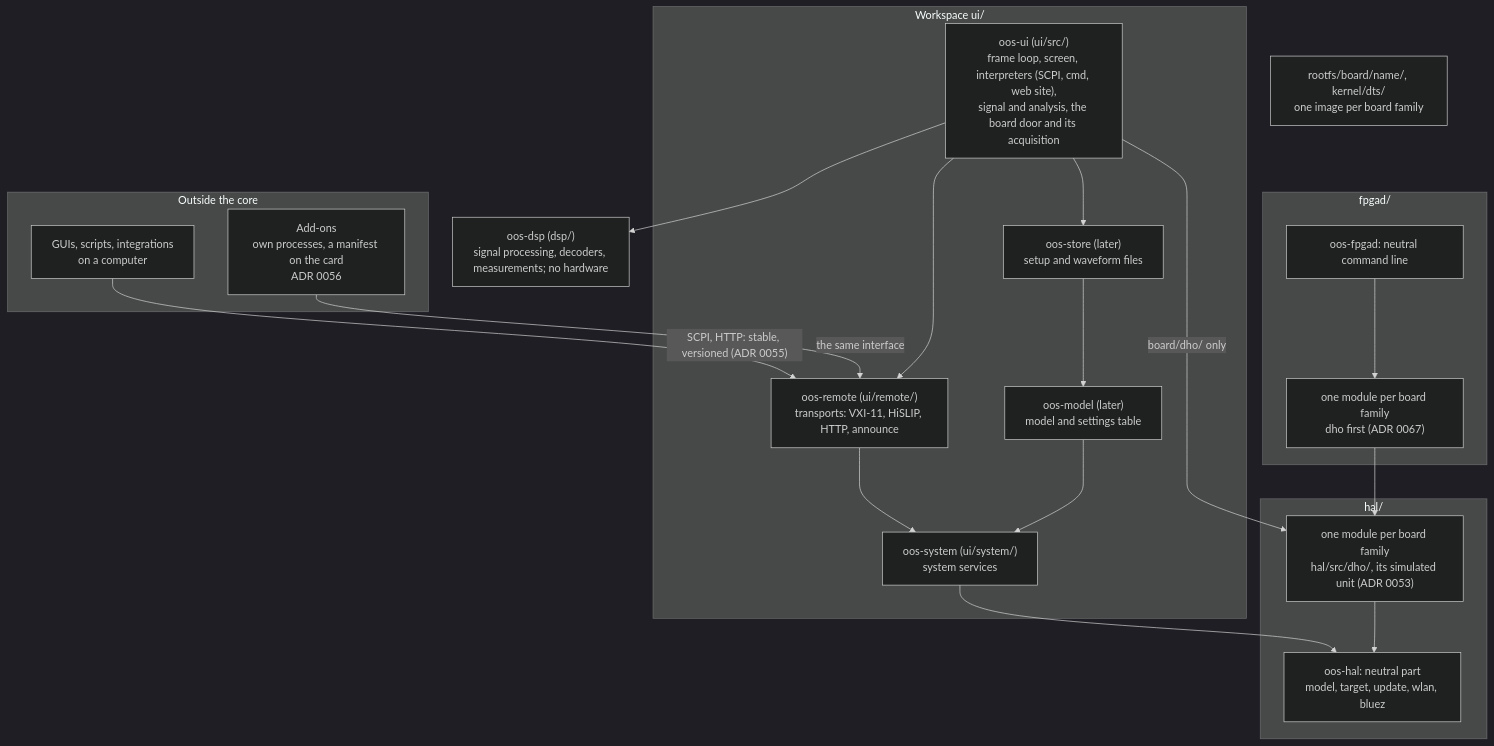
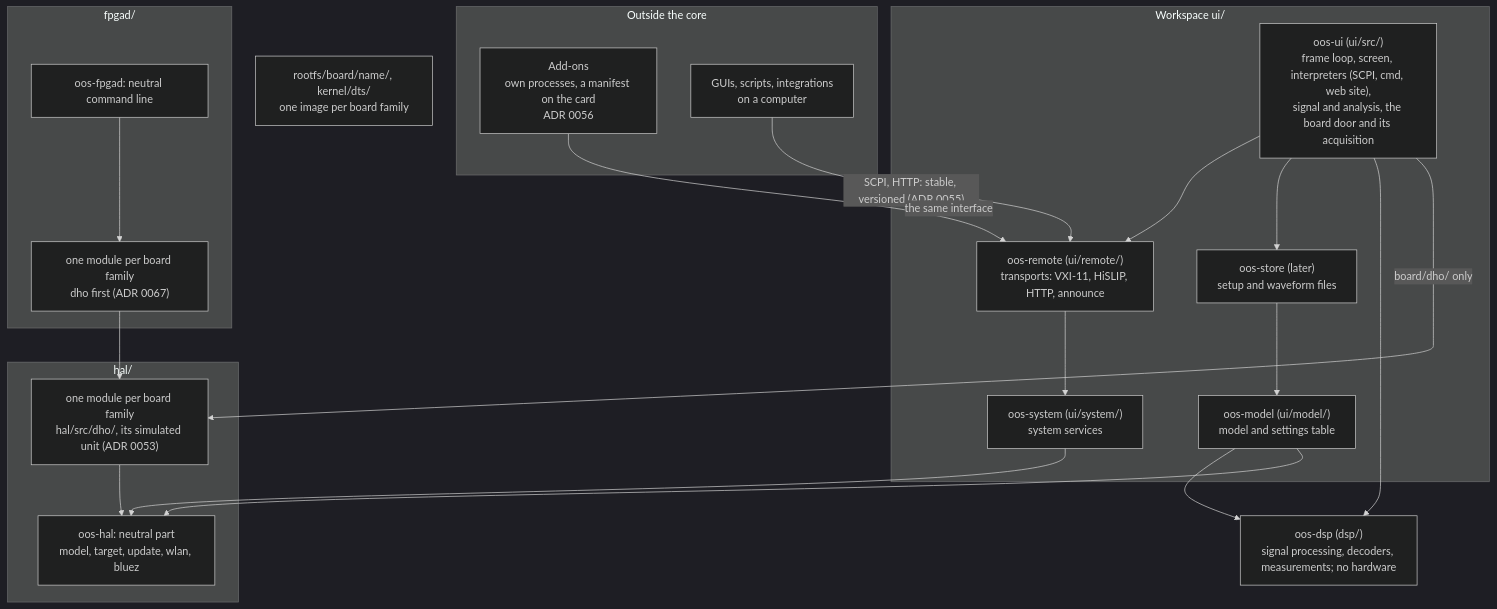
One commit to deckerjulian/oos changed the fifth of 5 diagrams in docs/architecture.md. Above: the diagram before and after it, drawn with Mermaid (dark theme). The commit also changed other lines of this file and 60 other files, not shown here.

First line of the commit message:
Refactor: the model and the settings table are the crate oos-model (ADR 0064, step 4) (#440)

````diff
--- a/docs/architecture.md
+++ b/docs/architecture.md
@@ -274,37 +283,38 @@
 ```mermaid
 flowchart TB
     subgraph outside["Outside the core"]
         addons["Add-ons<br/>own processes, a manifest on the card<br/>ADR 0056"]
         clients["GUIs, scripts, integrations<br/>on a computer"]
     end
     subgraph uiW["Workspace ui/"]
         ui["oos-ui (ui/src/)<br/>frame loop, screen, interpreters (SCPI, cmd, web site),<br/>signal and analysis, the board door and its acquisition"]
         remote["oos-remote (ui/remote/)<br/>transports: VXI-11, HiSLIP, HTTP, announce"]
         store["oos-store (later)<br/>setup and waveform files"]
-        model["oos-model (later)<br/>model and settings table"]
+        model["oos-model (ui/model/)<br/>model and settings table"]
         system["oos-system (ui/system/)<br/>system services"]
     end
     subgraph fpgadW["fpgad/"]
         cli["oos-fpgad: neutral command line"]
         cliboard["one module per board family<br/>dho first (ADR 0067)"]
     end
     dsp["oos-dsp (dsp/)<br/>signal processing, decoders, measurements; no hardware"]
     subgraph halW["hal/"]
         halcore["oos-hal: neutral part<br/>model, target, update, wlan, bluez"]
         halboard["one module per board family<br/>hal/src/dho/, its simulated unit (ADR 0053)"]
     end
     rootfs["rootfs/board/name/, kernel/dts/<br/>one image per board family"]
     clients -- "SCPI, HTTP: stable, versioned (ADR 0055)" --> remote
     addons -- "the same interface" --> remote
     ui --> remote
     ui --> store
     ui --> dsp
     ui -- "board/dho/ only" --> halboard
     remote --> system
     store --> model
-    model --> system
+    model --> dsp
+    model --> halcore
     system --> halcore
     cli --> cliboard
     cliboard --> halboard
     halboard --> halcore
 ```
````
